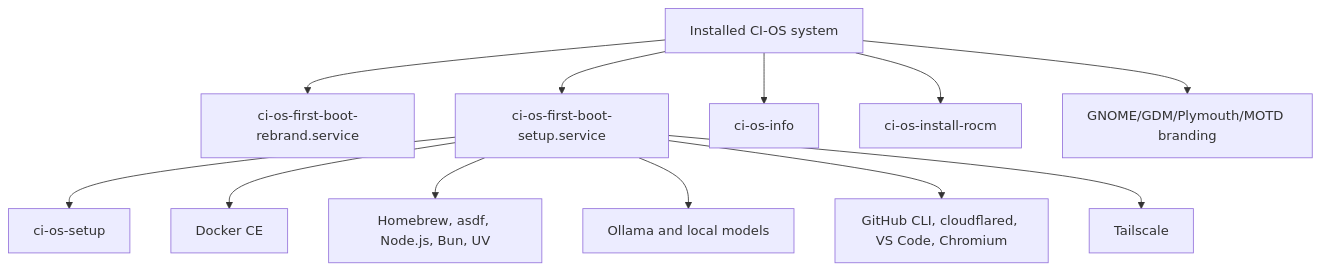
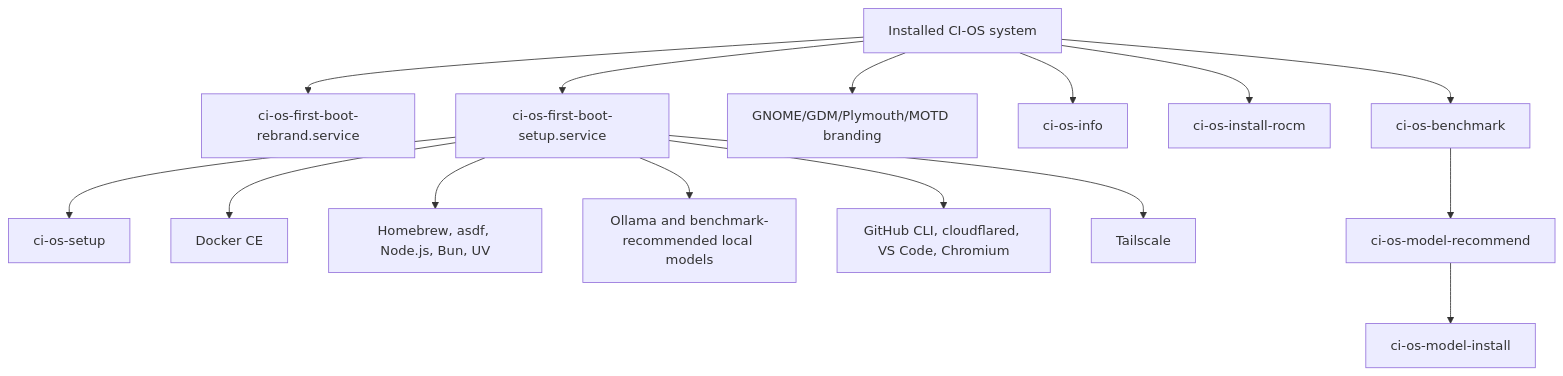
Before and after one commit to companionintelligence/CI-OS: the fourth of 13 diagrams in architecture.MD, drawn with Mermaid. The commit also changed other lines of this file and 5 other files, not shown here.

Commit message:
feat: add AI benchmark model recommendations

````diff
--- a/architecture.MD
+++ b/architecture.MD
@@ -109,23 +109,29 @@
 ```mermaid
 flowchart TB
     installed["Installed CI-OS system"]
     firstBootRebrand["ci-os-first-boot-rebrand.service"]
     firstBootSetup["ci-os-first-boot-setup.service"]
     manualSetup["ci-os-setup"]
     info["ci-os-info"]
     rocm["ci-os-install-rocm"]
+    benchmark["ci-os-benchmark"]
+    recommend["ci-os-model-recommend"]
+    installModels["ci-os-model-install"]
     desktop["GNOME/GDM/Plymouth/MOTD branding"]
 
     installed --> firstBootRebrand
     installed --> firstBootSetup
     installed --> desktop
     installed --> info
     installed --> rocm
+    installed --> benchmark
+    benchmark --> recommend
+    recommend --> installModels
     firstBootSetup --> manualSetup
 
     firstBootSetup --> docker["Docker CE"]
     firstBootSetup --> node["Homebrew, asdf, Node.js, Bun, UV"]
-    firstBootSetup --> ai["Ollama and local models"]
+    firstBootSetup --> ai["Ollama and benchmark-recommended local models"]
     firstBootSetup --> devtools["GitHub CLI, cloudflared, VS Code, Chromium"]
     firstBootSetup --> network["Tailscale"]
 ```
````
